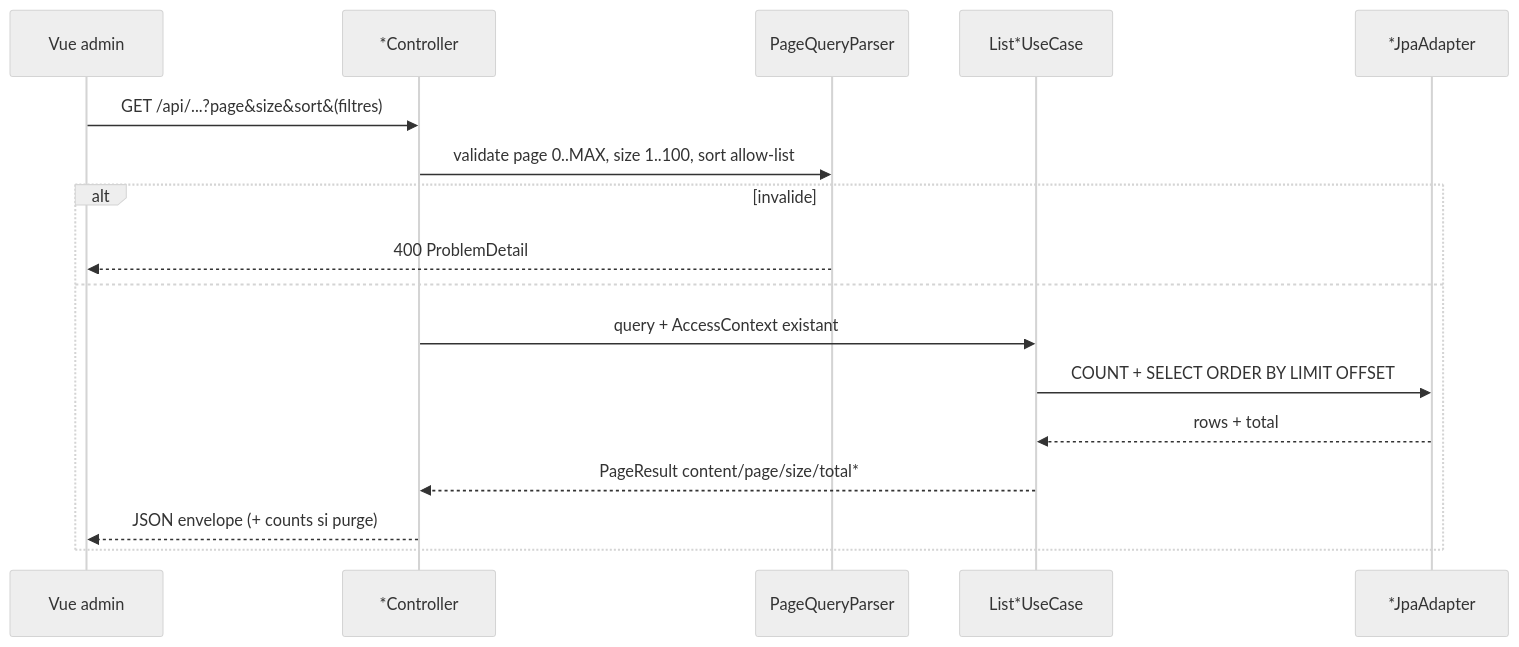
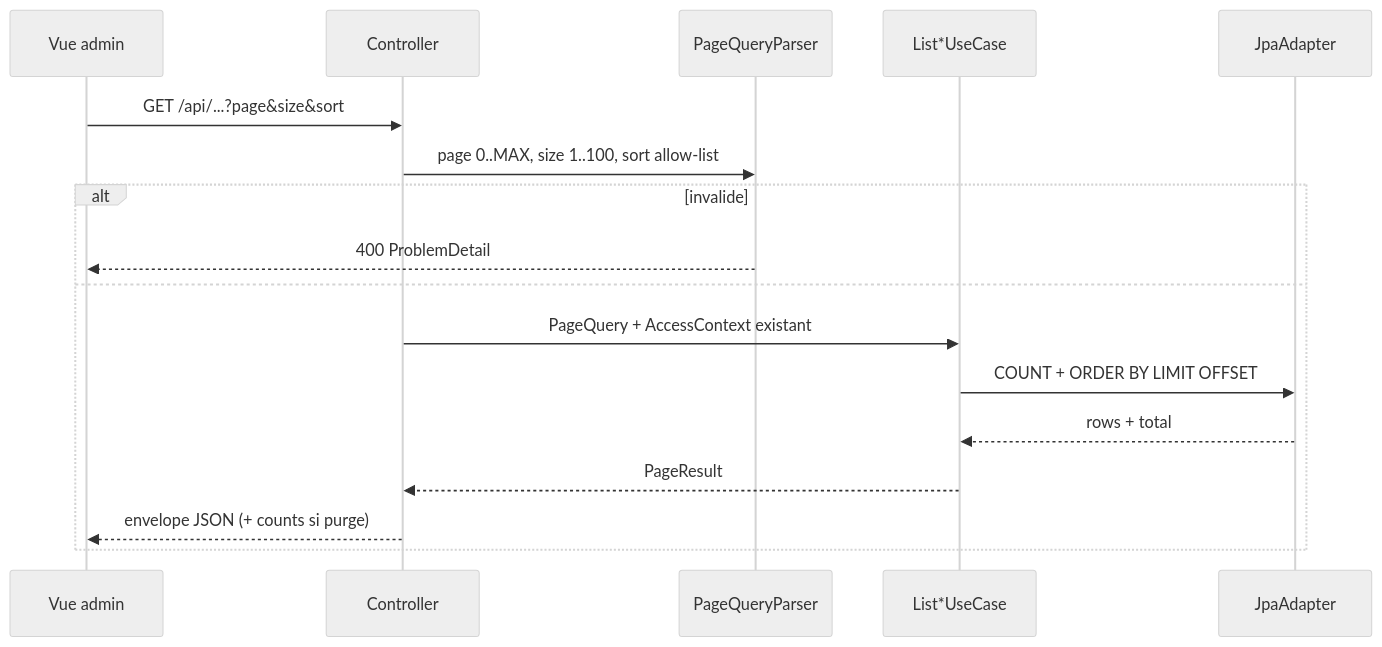
The second of 4 diagrams in docs/ai/design/2026-08-19-feature-openapi-pagination-admin.md (superjojo79/Myrmacta), drawn with Mermaid (neutral theme) before and after one commit. The commit also changed other lines of this file and 3 other files, not shown here.

````diff
--- a/docs/ai/design/2026-08-19-feature-openapi-pagination-admin.md
+++ b/docs/ai/design/2026-08-19-feature-openapi-pagination-admin.md
@@ -53,20 +60,20 @@
 ```mermaid
 sequenceDiagram
   participant SPA as Vue admin
-  participant API as *Controller
+  participant API as Controller
   participant P as PageQueryParser
   participant UC as List*UseCase
-  participant DB as *JpaAdapter
+  participant DB as JpaAdapter
 
-  SPA->>API: GET /api/...?page&size&sort&(filtres)
-  API->>P: validate page 0..MAX, size 1..100, sort allow-list
+  SPA->>API: GET /api/...?page&size&sort
+  API->>P: page 0..MAX, size 1..100, sort allow-list
   alt invalide
     P-->>SPA: 400 ProblemDetail
   else
-    API->>UC: query + AccessContext existant
-    UC->>DB: COUNT + SELECT ORDER BY LIMIT OFFSET
+    API->>UC: PageQuery + AccessContext existant
+    UC->>DB: COUNT + ORDER BY LIMIT OFFSET
     DB-->>UC: rows + total
-    UC-->>API: PageResult content/page/size/total*
-    API-->>SPA: JSON envelope (+ counts si purge)
+    UC-->>API: PageResult
+    API-->>SPA: envelope JSON (+ counts si purge)
   end
 ```
````
